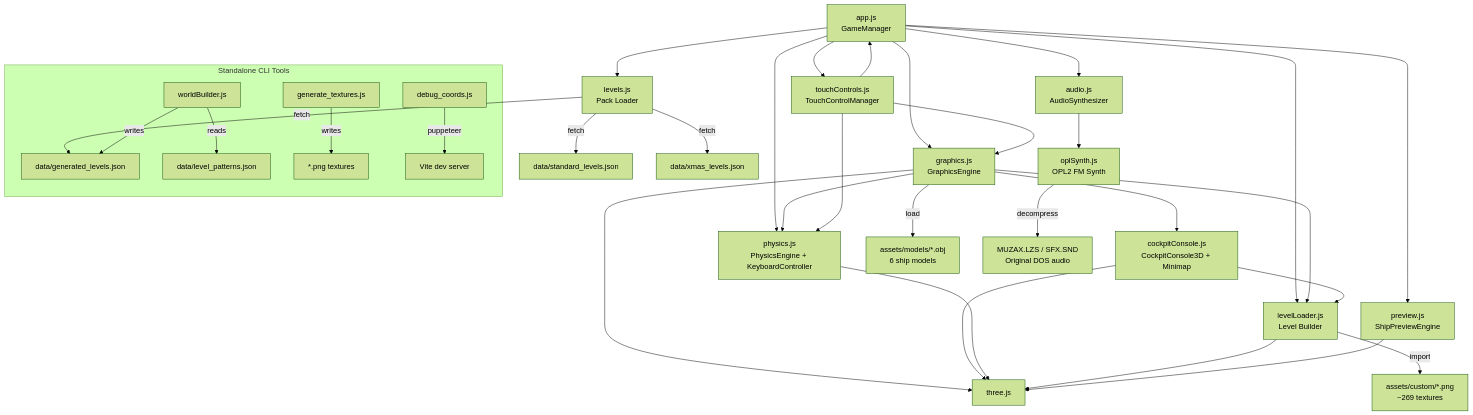
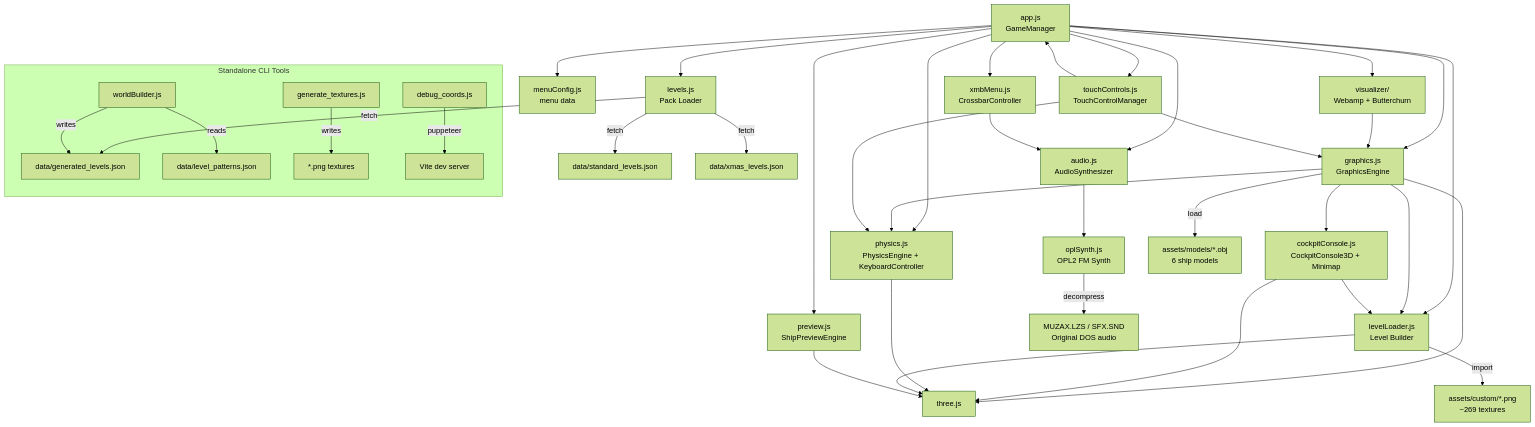
Before and after one commit to DasCReeD/space-paths: the first of 7 diagrams in docs/architecture.md, drawn with Mermaid (forest theme). The commit also changed other lines of this file and 795 other files, not shown here.

Commit message:
feat: implement PS3 XMB layout, fix physics default settings, and add 179 visualizer presets

````diff
--- a/docs/architecture.md
+++ b/docs/architecture.md
@@ -47,43 +50,49 @@
 ```mermaid
 graph TD
     APP["app.js<br/>GameManager"] --> GFX["graphics.js<br/>GraphicsEngine"]
     APP --> PHY["physics.js<br/>PhysicsEngine + KeyboardController"]
     APP --> LL["levelLoader.js<br/>Level Builder"]
     APP --> AUD["audio.js<br/>AudioSynthesizer"]
     APP --> PRV["preview.js<br/>ShipPreviewEngine"]
     APP --> LVL["levels.js<br/>Pack Loader"]
     APP --> TC["touchControls.js<br/>TouchControlManager"]
+    APP --> XMB["xmbMenu.js<br/>CrossbarController"]
+    APP --> MCFG["menuConfig.js<br/>menu data"]
+    APP --> VIS["visualizer/<br/>Webamp + Butterchurn"]
+
+    XMB --> AUD
+    VIS --> GFX
 
     GFX --> PHY
     GFX --> CC["cockpitConsole.js<br/>CockpitConsole3D + Minimap"]
     GFX --> LL
     GFX --> THREE["three.js"]
 
     CC --> LL
     CC --> THREE
 
     PHY --> THREE
     LL --> THREE
     PRV --> THREE
 
     AUD --> OPL["oplSynth.js<br/>OPL2 FM Synth"]
 
     TC --> PHY
     TC --> GFX
     TC --> APP
 
     LVL -->|"fetch"| SD["data/standard_levels.json"]
     LVL -->|"fetch"| XD["data/xmas_levels.json"]
     LVL -->|"fetch"| GD["data/generated_levels.json"]
 
     LL -->|"import"| TEX["assets/custom/*.png<br/>~269 textures"]
     GFX -->|"load"| MDL["assets/models/*.obj<br/>6 ship models"]
     OPL -->|"decompress"| DOS["MUZAX.LZS / SFX.SND<br/>Original DOS audio"]
 
     subgraph "Standalone CLI Tools"
         WB["worldBuilder.js"] -->|"reads"| LP["data/level_patterns.json"]
         WB -->|"writes"| GD
         GT["generate_textures.js"] -->|"writes"| PTEX["*.png textures"]
         DC["debug_coords.js"] -->|"puppeteer"| VITE["Vite dev server"]
     end
 ```
````
